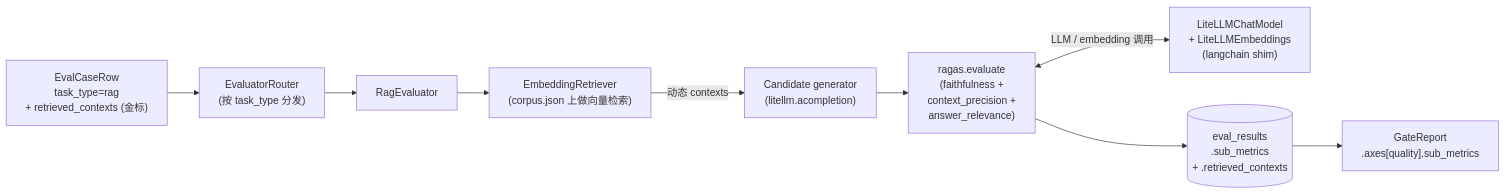
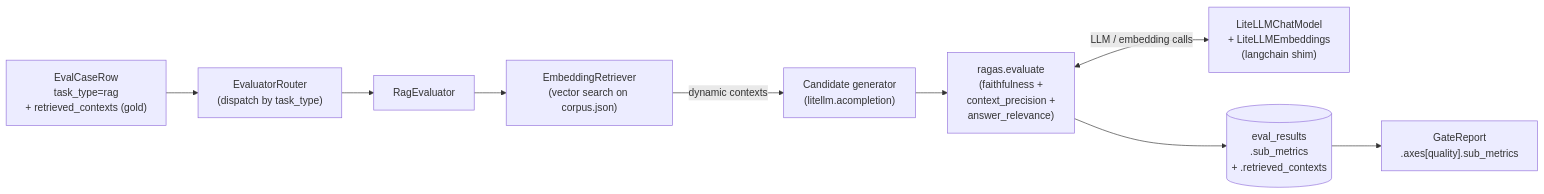
Before and after one commit to AndyUneducated/eval-gate: the diagram in docs/PHASE_8_PLAN.md, drawn with Mermaid. The commit also changed other lines of this file and 22 other files, not shown here.

````diff
--- a/docs/PHASE_8_PLAN.md
+++ b/docs/PHASE_8_PLAN.md
@@ -9,17 +9,17 @@
 ```mermaid
 flowchart LR
-  Case["EvalCaseRow<br/>task_type=rag<br/>+ retrieved_contexts (金标)"]
-  Router["EvaluatorRouter<br/>(按 task_type 分发)"]
+  Case["EvalCaseRow<br/>task_type=rag<br/>+ retrieved_contexts (gold)"]
+  Router["EvaluatorRouter<br/>(dispatch by task_type)"]
   RAG["RagEvaluator"]
-  Retriever["EmbeddingRetriever<br/>(corpus.json 上做向量检索)"]
+  Retriever["EmbeddingRetriever<br/>(vector search on corpus.json)"]
   Gen["Candidate generator<br/>(litellm.acompletion)"]
   Ragas["ragas.evaluate<br/>(faithfulness +<br/>context_precision +<br/>answer_relevance)"]
   Adapter["LiteLLMChatModel<br/>+ LiteLLMEmbeddings<br/>(langchain shim)"]
   DB[("eval_results<br/>.sub_metrics<br/>+ .retrieved_contexts")]
   Gate["GateReport<br/>.axes[quality].sub_metrics"]
 
   Case --> Router --> RAG
-  RAG --> Retriever -->|"动态 contexts"| Gen --> Ragas
-  Ragas <-->|"LLM / embedding 调用"| Adapter
+  RAG --> Retriever -->|"dynamic contexts"| Gen --> Ragas
+  Ragas <-->|"LLM / embedding calls"| Adapter
   Ragas --> DB --> Gate
 ```
````
